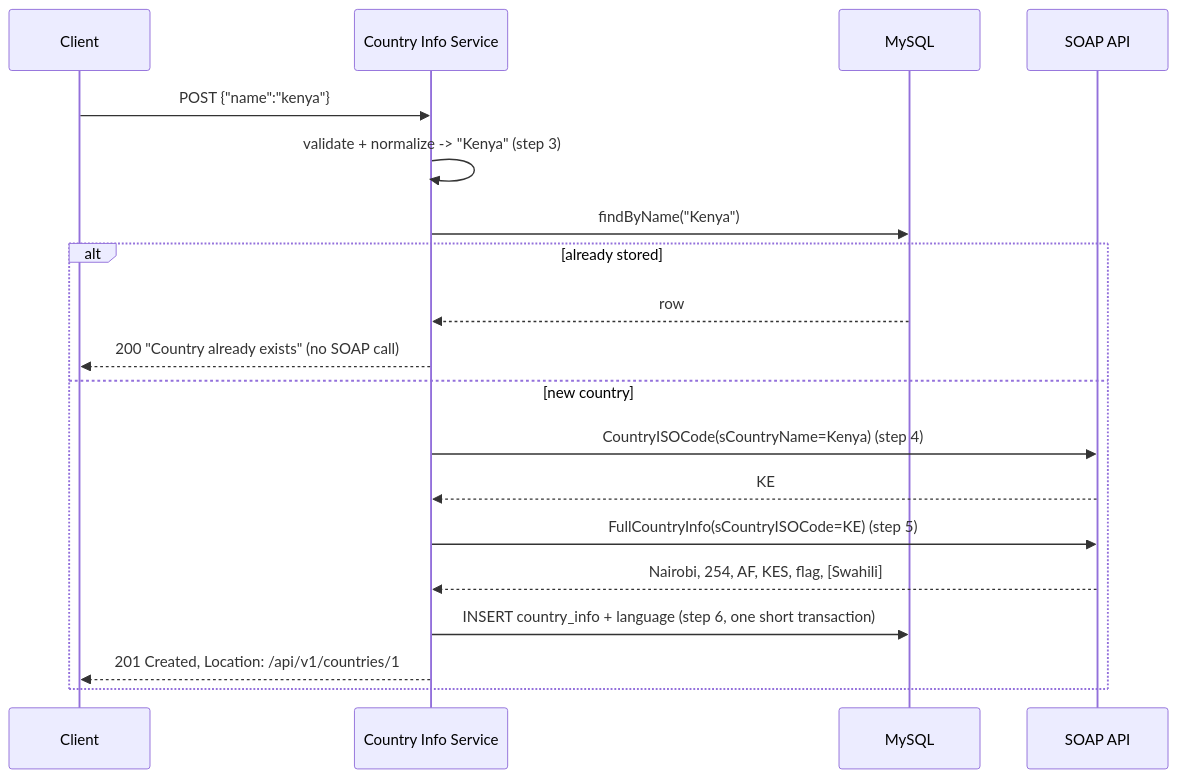
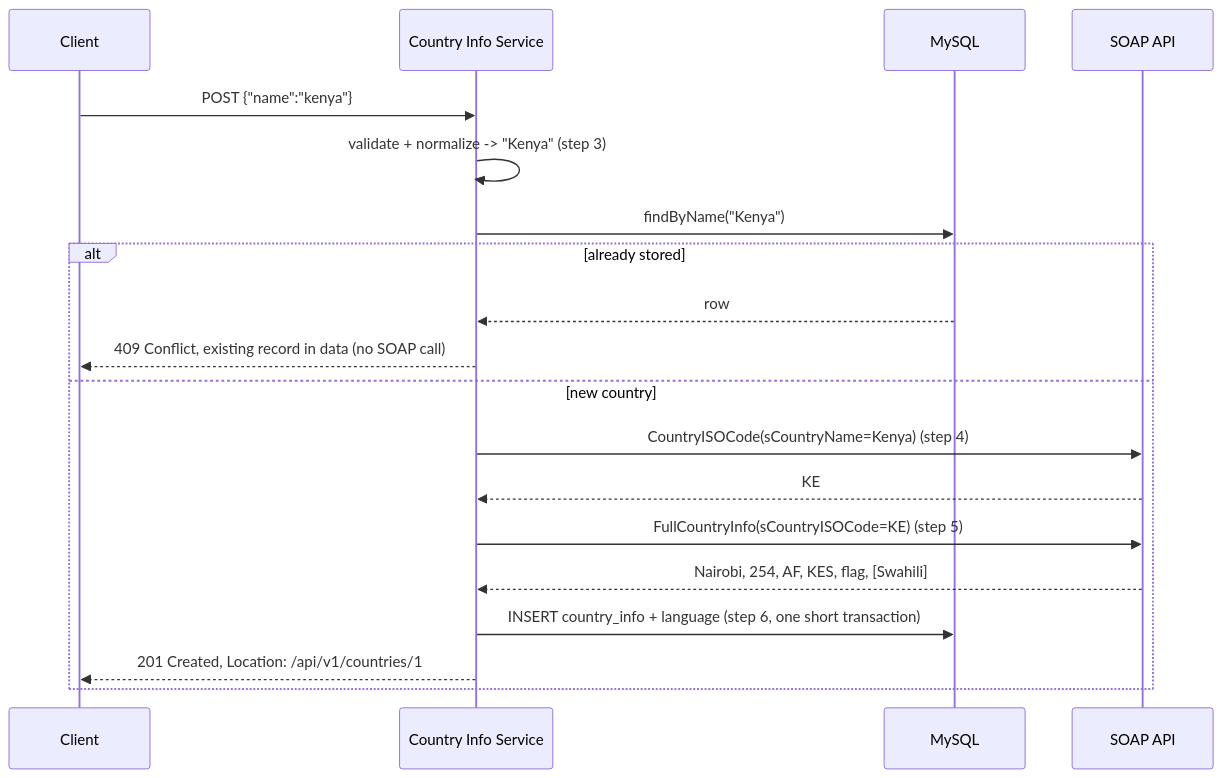
The second of 2 diagrams in README.md (Sigilai5/country-info-service), drawn with Mermaid before and after one commit. The commit also changed other lines of this file and 15 other files, not shown here.

````diff
--- a/README.md
+++ b/README.md
@@ -53,22 +53,22 @@
 ```mermaid
 sequenceDiagram
     participant C as Client
     participant A as Country Info Service
     participant D as MySQL
     participant S as SOAP API
 
     C->>A: POST {"name":"kenya"}
     A->>A: validate + normalize -> "Kenya" (step 3)
     A->>D: findByName("Kenya")
     alt already stored
         D-->>A: row
-        A-->>C: 200 "Country already exists" (no SOAP call)
+        A-->>C: 409 Conflict, existing record in data (no SOAP call)
     else new country
         A->>S: CountryISOCode(sCountryName=Kenya) (step 4)
         S-->>A: KE
         A->>S: FullCountryInfo(sCountryISOCode=KE) (step 5)
         S-->>A: Nairobi, 254, AF, KES, flag, [Swahili]
         A->>D: INSERT country_info + language (step 6, one short transaction)
         A-->>C: 201 Created, Location: /api/v1/countries/1
     end
 ```
````
